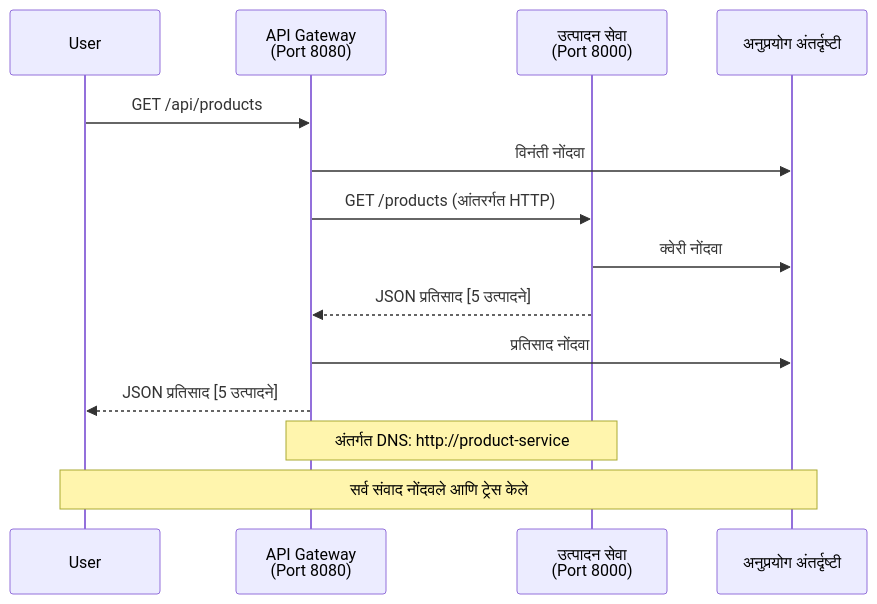
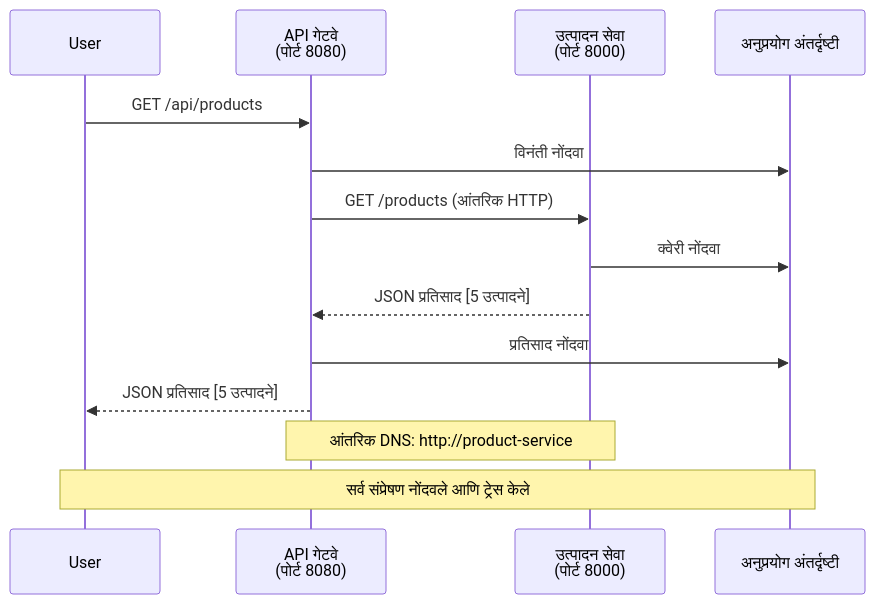
One commit to microsoft/AZD-for-beginners changed the fourth of 4 diagrams in translations/mr/examples/microservices/README.md. Above: the diagram before and after it, drawn with Mermaid. The commit also changed other lines of this file and 242 other files, not shown here.

````diff
--- a/translations/mr/examples/microservices/README.md
+++ b/translations/mr/examples/microservices/README.md
@@ -432,18 +423,18 @@
 ```mermaid
 sequenceDiagram
     participant User
-    participant Gateway as API Gateway<br/>(Port 8080)
-    participant Product as उत्पादन सेवा<br/>(Port 8000)
+    participant Gateway as API गेटवे<br/>(पोर्ट 8080)
+    participant Product as उत्पादन सेवा<br/>(पोर्ट 8000)
     participant AI as अनुप्रयोग अंतर्दृष्टी
     
     User->>Gateway: GET /api/products
     Gateway->>AI: विनंती नोंदवा
-    Gateway->>Product: GET /products (आंतरर्गत HTTP)
+    Gateway->>Product: GET /products (आंतरिक HTTP)
     Product->>AI: क्वेरी नोंदवा
     Product-->>Gateway: JSON प्रतिसाद [5 उत्पादने]
     Gateway->>AI: प्रतिसाद नोंदवा
     Gateway-->>User: JSON प्रतिसाद [5 उत्पादने]
     
-    Note over Gateway,Product: अंतर्गत DNS: http://product-service
-    Note over User,AI: सर्व संवाद नोंदवले आणि ट्रेस केले
+    Note over Gateway,Product: आंतरिक DNS: http://product-service
+    Note over User,AI: सर्व संप्रेषण नोंदवले आणि ट्रेस केले
 ```
````
